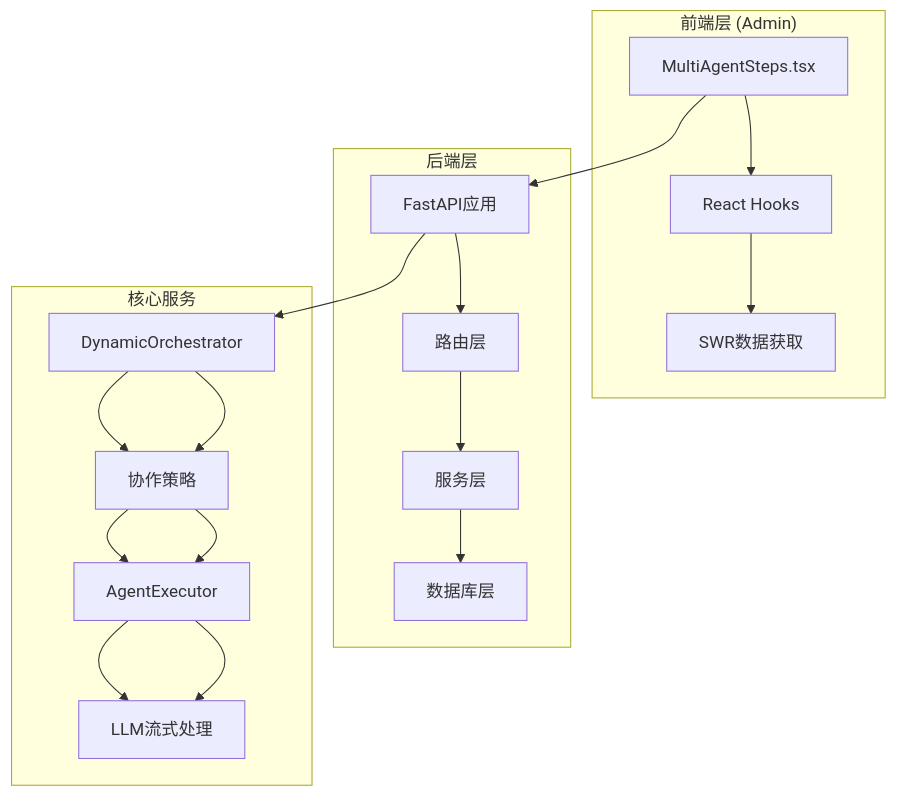
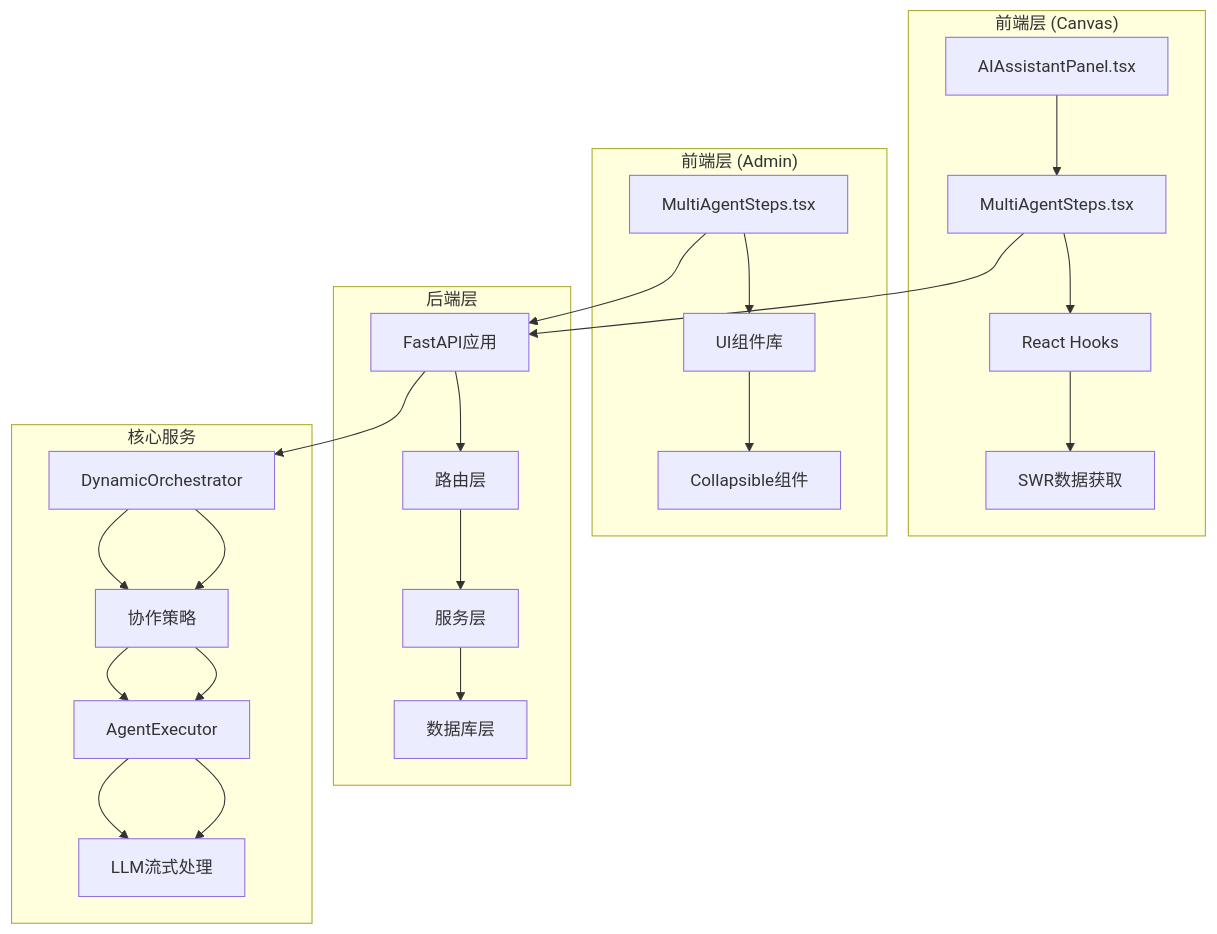
One commit to KunLabAI/KunFlix changed the first of 8 diagrams in .qoder/repowiki/zh/content/后台管理系统/多智能体步骤显示.md. Above: the diagram before and after it, drawn with Mermaid. The commit also changed other lines of this file and 29 other files, not shown here.

````diff
--- a/.qoder/repowiki/zh/content/后台管理系统/多智能体步骤显示.md
+++ b/.qoder/repowiki/zh/content/后台管理系统/多智能体步骤显示.md
@@ -41,22 +55,28 @@
 ```mermaid
 graph TB
-subgraph "前端层 (Admin)"
+subgraph "前端层 (Canvas)"
 A[MultiAgentSteps.tsx] --> B[React Hooks]
 B --> C[SWR数据获取]
+D[AIAssistantPanel.tsx] --> A
+end
+subgraph "前端层 (Admin)"
+E[MultiAgentSteps.tsx] --> F[UI组件库]
+F --> G[Collapsible组件]
 end
 subgraph "后端层"
-D[FastAPI应用] --> E[路由层]
-E --> F[服务层]
-F --> G[数据库层]
+H[FastAPI应用] --> I[路由层]
+I --> J[服务层]
+J --> K[数据库层]
 end
 subgraph "核心服务"
-H[DynamicOrchestrator] --> I[协作策略]
-I --> J[AgentExecutor]
-J --> K[LLM流式处理]
+L[DynamicOrchestrator] --> M[协作策略]
+M --> N[AgentExecutor]
+N --> O[LLM流式处理]
 end
-A --> D
-D --> H
-H --> I
-I --> J
-J --> K
+A --> H
+E --> H
+H --> L
+L --> M
+M --> N
+N --> O
 ```
````
